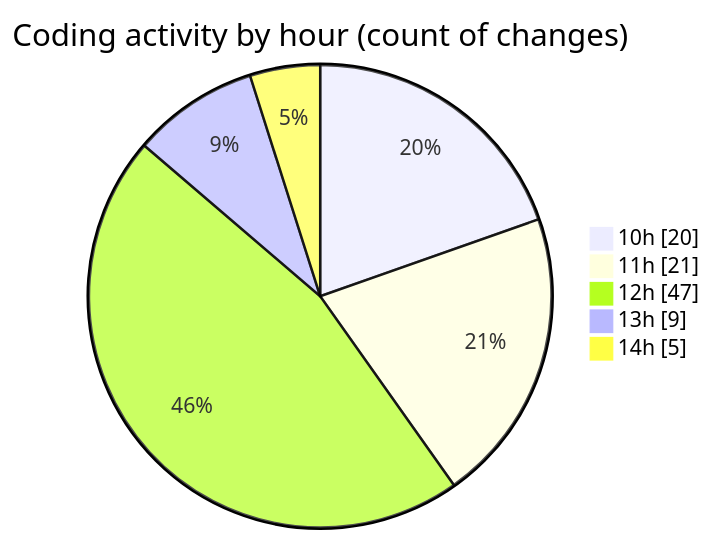
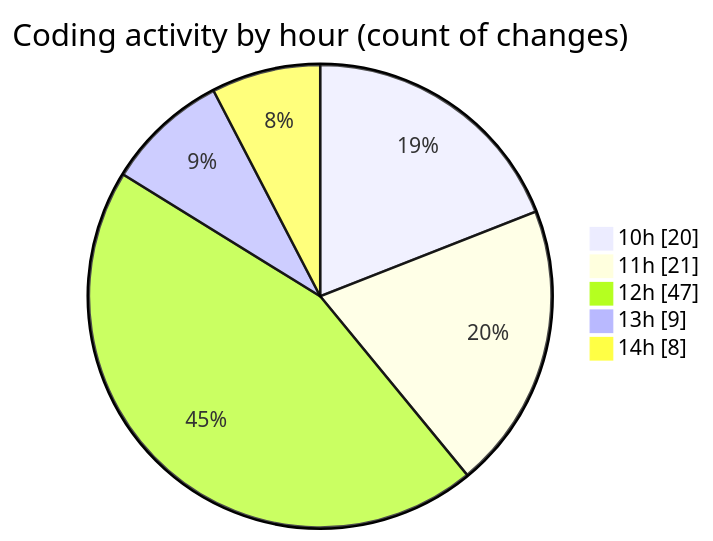
The second of 2 diagrams in 2025-05-20/cda/README.md (momahboobian/code-tracking), drawn with Mermaid before and after one commit. The commit also changed other lines of this file and 1 other file, not shown here.

````diff
--- a/2025-05-20/cda/README.md
+++ b/2025-05-20/cda/README.md
@@ -47,9 +47,9 @@
 ```mermaid
 pie showData
 title Coding activity by hour (count of changes)
 "10h" : 20
 "11h" : 21
 "12h" : 47
 "13h" : 9
-"14h" : 5
+"14h" : 8
 ```
````
